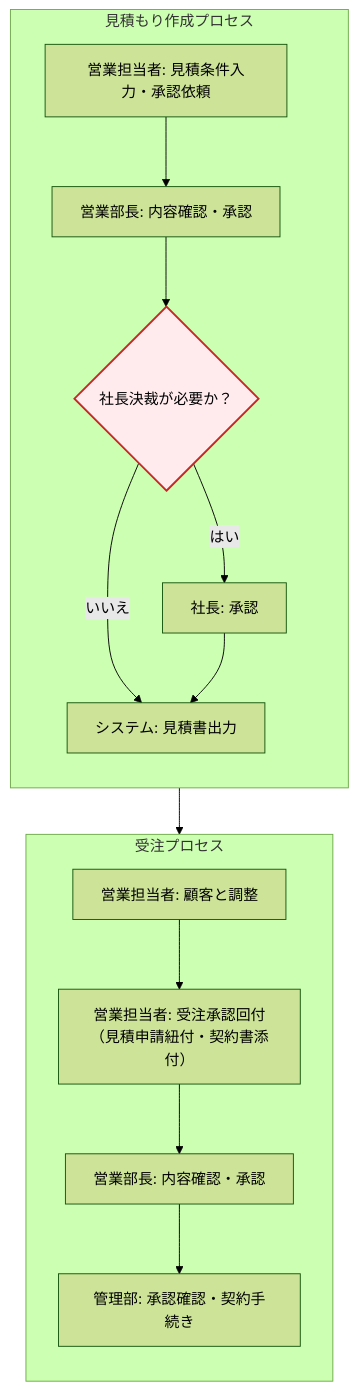
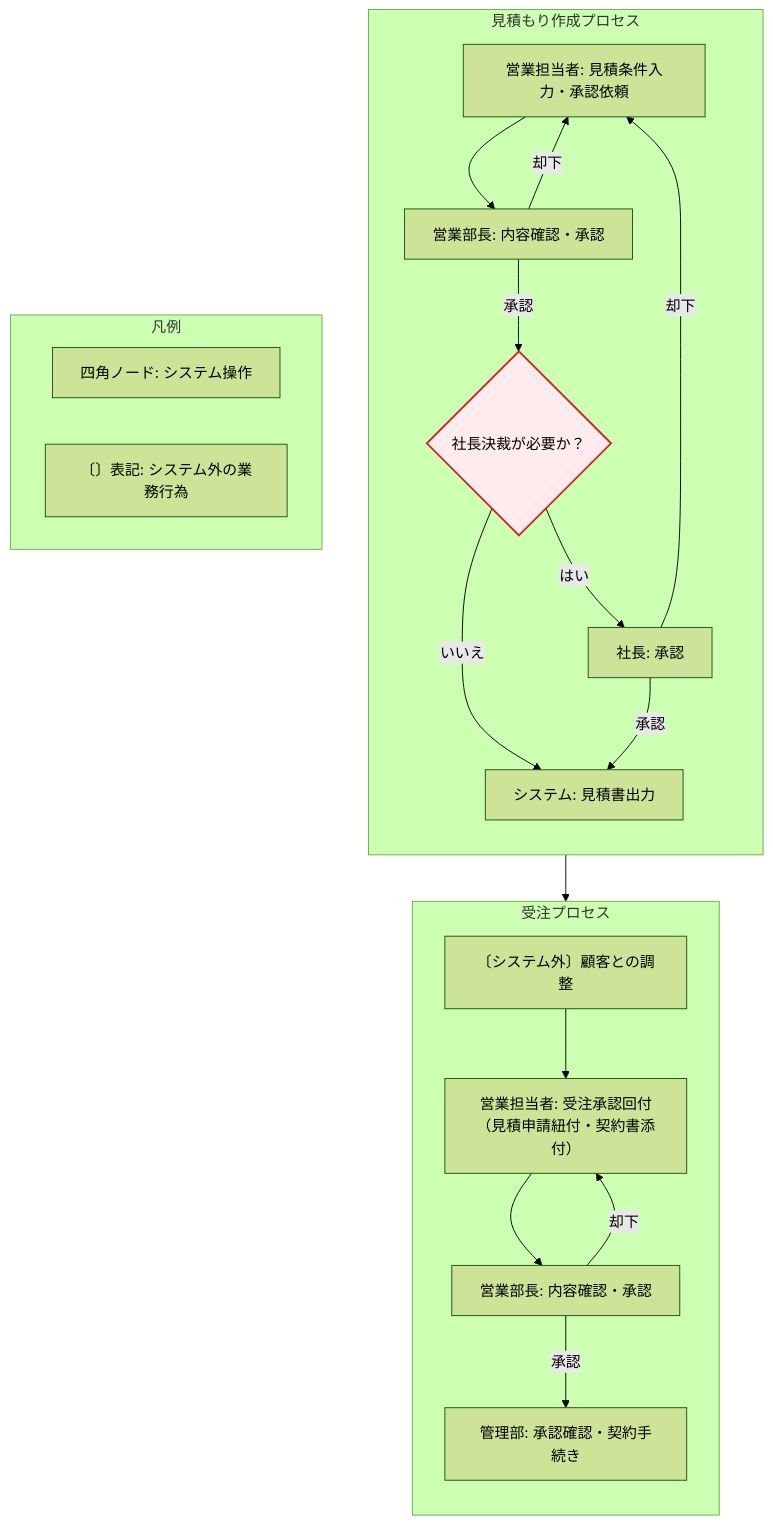
One commit to aknk8/20260419_transaction changed the first of 4 diagrams in requirements_definition.md. Above: the diagram before and after it, drawn with Mermaid (forest theme). The commit also changed other lines of this file and 36 other files, not shown here.

````diff
--- a/requirements_definition.md
+++ b/requirements_definition.md
@@ -162,26 +162,36 @@
 ```mermaid
 flowchart TD
     %% 見積もり作成フェーズ
     subgraph 見積もり作成プロセス
         direction TB
         A[営業担当者: 見積条件入力・承認依頼] --> B[営業部長: 内容確認・承認]
-        B --> C{社長決裁が必要か？}
+        B -- 承認 --> C{社長決裁が必要か？}
+        B -- 却下 --> A
         C -- はい --> D[社長: 承認]
         C -- いいえ --> E[システム: 見積書出力]
-        D --> E
+        D -- 承認 --> E
+        D -- 却下 --> A
     end
 
     %% 受注フェーズ
     subgraph 受注プロセス
         direction TB
-        E --> F[営業担当者: 顧客と調整]
+        E --> F[〔システム外〕顧客との調整]
         F --> G[営業担当者: 受注承認回付（見積申請紐付・契約書添付）]
         G --> H[営業部長: 内容確認・承認]
-        H --> I[管理部: 承認確認・契約手続き]
+        H -- 承認 --> I[管理部: 承認確認・契約手続き]
+        H -- 却下 --> G
+    end
+
+    %% 凡例
+    subgraph 凡例
+        direction LR
+        L1[四角ノード: システム操作]
+        L2[〔〕表記: システム外の業務行為]
     end
 
     %% スタイリング（オプション）
     classDef process fill:#f9f9f9,stroke:#333,stroke-width:1px;
     classDef decision fill:#ffebee,stroke:#c62828,stroke-width:2px;
     class C decision;
 ```
````
